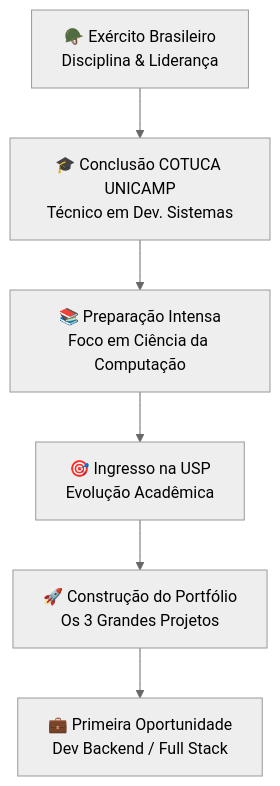
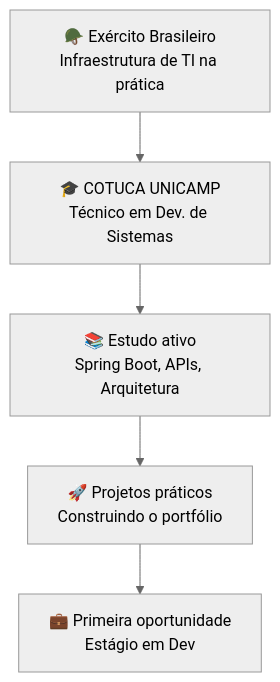
One commit to omoshaa/omoshaa changed the diagram in README.md. Above: the diagram before and after it, drawn with Mermaid (neutral theme). The commit also changed other lines of this file, not shown here.

````diff
--- a/README.md
+++ b/README.md
@@ -145,8 +73,7 @@
 ```mermaid
 graph TD
-    A["🪖 Exército Brasileiro<br/>Disciplina & Liderança"] --> B["🎓 Conclusão COTUCA UNICAMP<br/>Técnico em Dev. Sistemas"]
-    B --> C["📚 Preparação Intensa<br/>Foco em Ciência da Computação"]
-    C --> D["🎯 Ingresso na USP<br/>Evolução Acadêmica"]
-    D --> E["🚀 Construção do Portfólio<br/>Os 3 Grandes Projetos"]
-    E --> F["💼 Primeira Oportunidade<br/>Dev Backend / Full Stack"]
+    A["🪖 Exército Brasileiro<br/>Infraestrutura de TI na prática"] --> B["🎓 COTUCA UNICAMP<br/>Técnico em Dev. de Sistemas"]
+    B --> C["📚 Estudo ativo<br/>Spring Boot, APIs, Arquitetura"]
+    C --> D["🚀 Projetos práticos<br/>Construindo o portfólio"]
+    D --> E["💼 Primeira oportunidade<br/>Estágio em Dev"]
 ```
````
